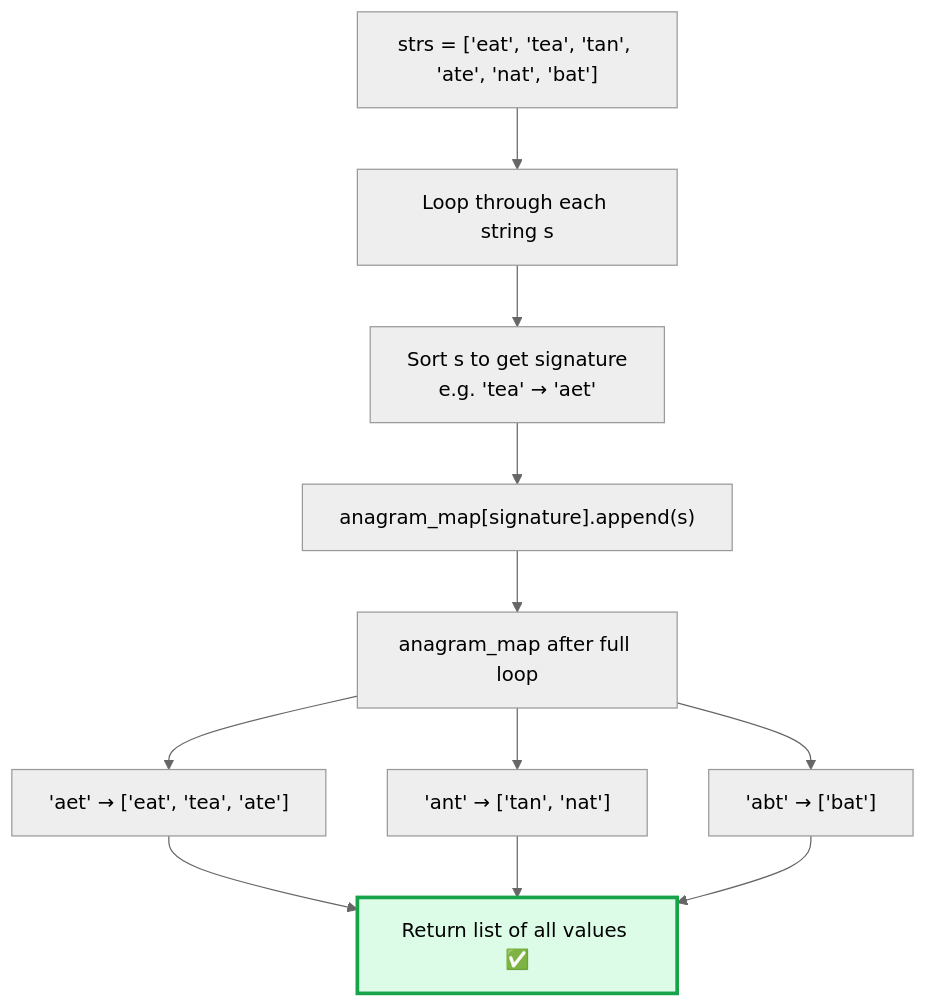
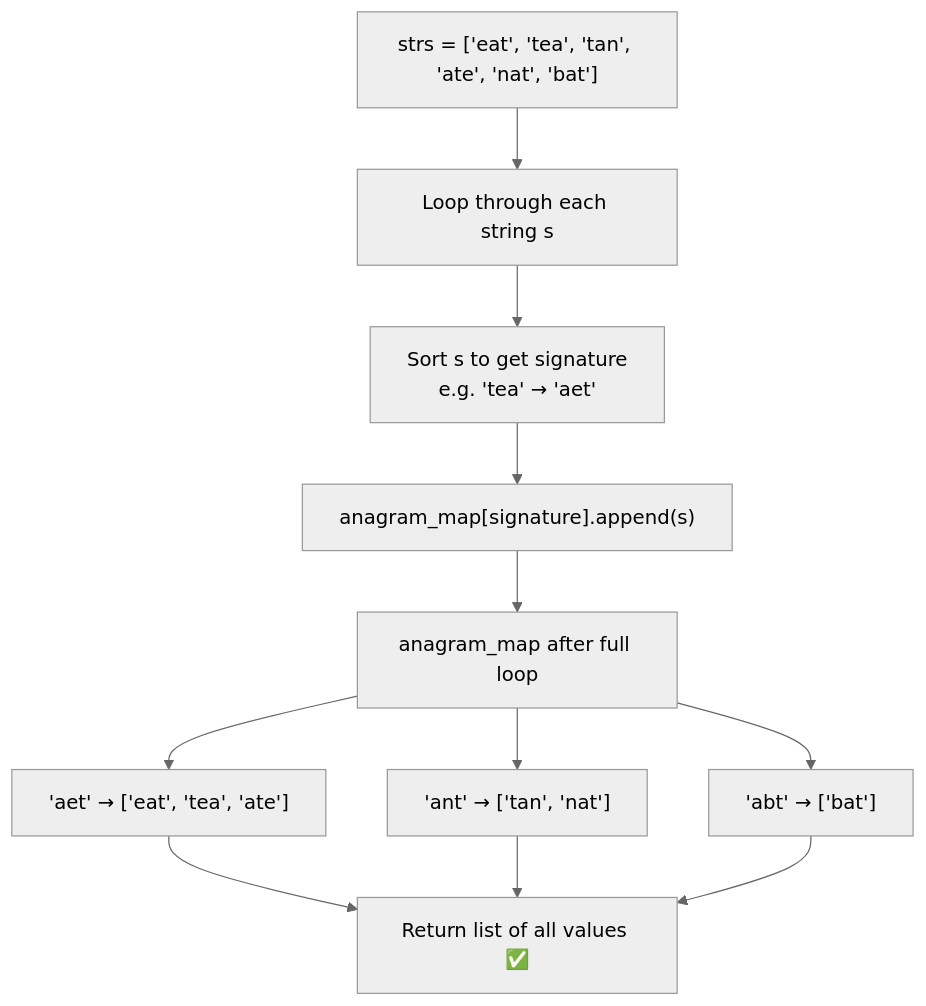
The fifth of 12 diagrams in 04 - Group Anagrams/README.md (M-F-Tushar/LeetCode-Problem-Solving), drawn with Mermaid (neutral theme) before and after one commit. The commit also changed other lines of this file and 6 other files, not shown here.

Commit message:
added 06 - Is Subsequence, 07 - Longest Consecutive Sequence

````diff
--- a/04 - Group Anagrams/README.md
+++ b/04 - Group Anagrams/README.md
@@ -173,19 +167,18 @@
 ```mermaid
 flowchart TD
     A["strs = ['eat', 'tea', 'tan', 'ate', 'nat', 'bat']"] --> B["Loop through each string s"]
 
     B --> C["Sort s to get signature\ne.g. 'tea' → 'aet'"]
     C --> D["anagram_map[signature].append(s)"]
 
     D --> E["anagram_map after full loop"]
 
     E --> F["'aet' → ['eat', 'tea', 'ate']"]
     E --> G["'ant' → ['tan', 'nat']"]
     E --> H["'abt' → ['bat']"]
 
     F --> I["Return list of all values ✅"]
     G --> I
     H --> I
 
-    style I fill:#dcfce7,stroke:#16a34a,stroke-width:3px,color:#000000
 ```
````
